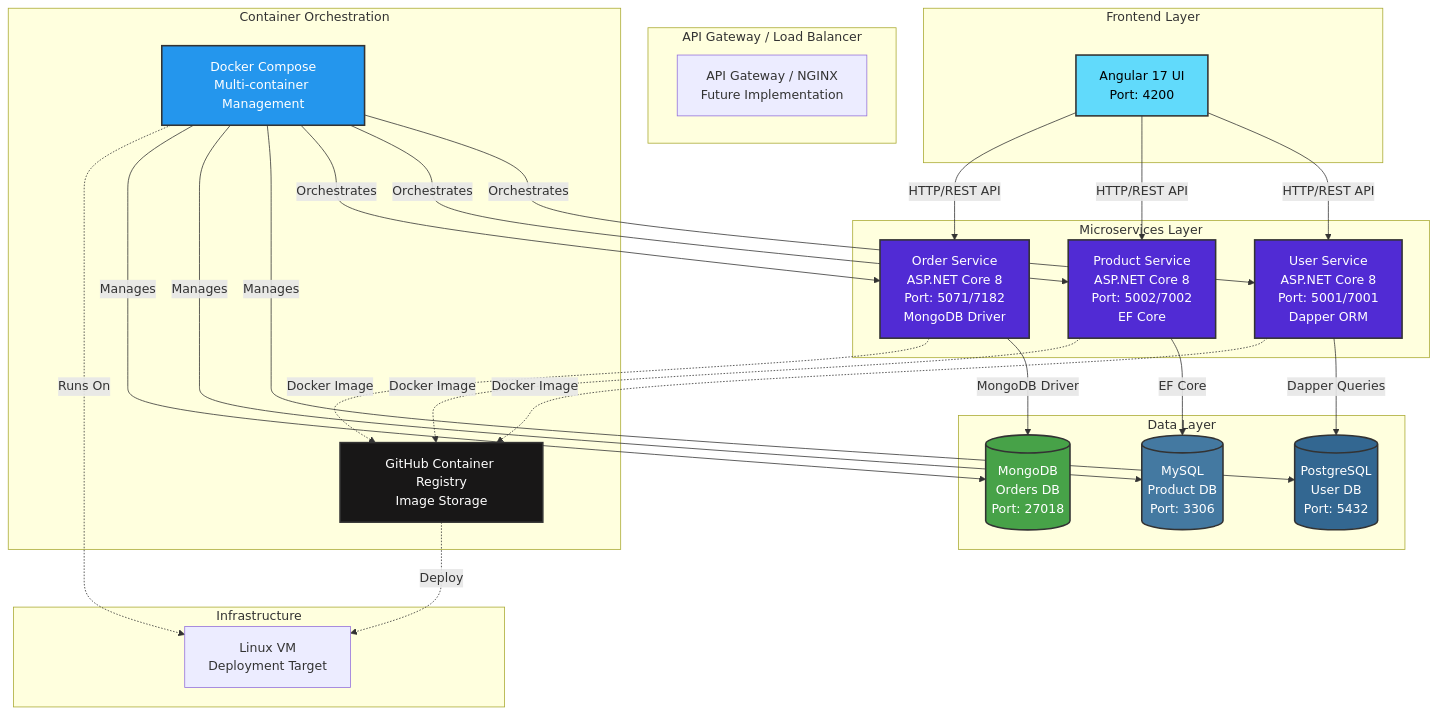
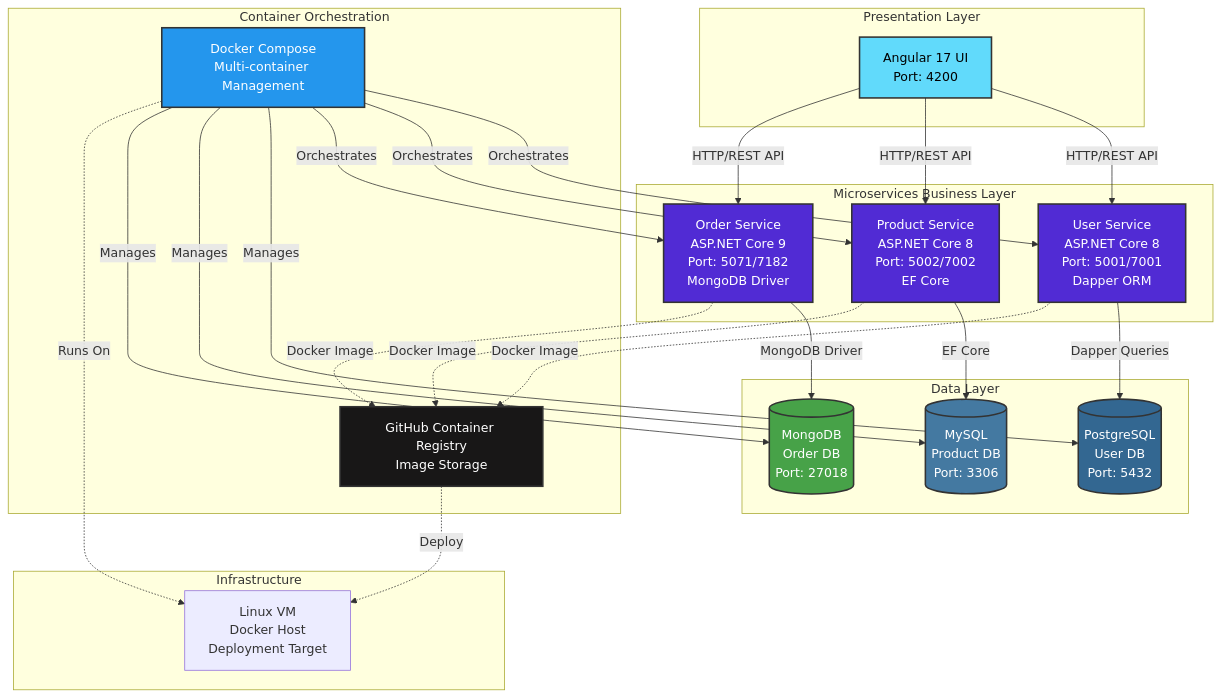
The diagram in ReadMe.md (pandyamehul/.Net8-eCommerce-az-aks-devops), drawn with Mermaid before and after one commit. The commit also changed other lines of this file and 1 other file, not shown here.

Commit message:
2060106#Documentation update

````diff
--- a/ReadMe.md
+++ b/ReadMe.md
@@ -19,63 +19,61 @@
 ```mermaid
 graph TB
-    subgraph "Frontend Layer"
+    subgraph Presentation Layer
         UI[Angular 17 UI<br/>Port: 4200]
     end
 
-    subgraph "API Gateway / Load Balancer"
-        Gateway[API Gateway / NGINX<br/>Future Implementation]
+    subgraph Microservices Business Layer
+        US[User Service<br/>ASP.NET Core 8<br/>Port: 5001/7001<br/>Dapper ORM]
+        PS[Product Service<br/>ASP.NET Core 8<br/>Port: 5002/7002<br/>EF Core]
+        OS[Order Service<br/>ASP.NET Core 9<br/>Port: 5071/7182<br/>MongoDB Driver]
     end
 
-    subgraph "Microservices Layer"
-        UserService[User Service<br/>ASP.NET Core 8<br/>Port: 5001/7001<br/>Dapper ORM]
-        ProductService[Product Service<br/>ASP.NET Core 8<br/>Port: 5002/7002<br/>EF Core]
-        OrderService[Order Service<br/>ASP.NET Core 8<br/>Port: 5071/7182<br/>MongoDB Driver]
+    subgraph Data Layer
+        PG[(PostgreSQL<br/>User DB<br/>Port: 5432)]
+        MY[(MySQL<br/>Product DB<br/>Port: 3306)]
+        MG[(MongoDB<br/>Order DB<br/>Port: 27018)]
     end
 
-    subgraph "Data Layer"
-        PostgreSQL[(PostgreSQL<br/>User DB<br/>Port: 5432)]
-        MySQL[(MySQL<br/>Product DB<br/>Port: 3306)]
-        MongoDB[(MongoDB<br/>Orders DB<br/>Port: 27018)]
-    end
-
-    subgraph "Container Orchestration"
+    subgraph Container Orchestration
         Docker[Docker Compose<br/>Multi-container Management]
         GHCR[GitHub Container Registry<br/>Image Storage]
     end
 
-    subgraph "Infrastructure"
-        LinuxVM[Linux VM<br/>Deployment Target]
+    subgraph Infrastructure
+        LinuxVM[Linux VM <br> Docker Host <br> Deployment Target]
     end
 
-    UI -->|HTTP/REST API| UserService
-    UI -->|HTTP/REST API| ProductService
-    UI -->|HTTP/REST API| OrderService
+    UI --> |HTTP/REST API| US
+    UI --> |HTTP/REST API| PS
+    UI --> |HTTP/REST API| OS
 
-    UserService -->|Dapper Queries| PostgreSQL
-    ProductService -->|EF Core| MySQL
-    OrderService -->|MongoDB Driver| MongoDB
+    US --> |Dapper Queries| PG
+    PS --> |EF Core| MY
+    OS --> |MongoDB Driver| MG
 
-    UserService -.->|Docker Image| GHCR
-    ProductService -.->|Docker Image| GHCR
-    OrderService -.->|Docker Image| GHCR
+    US -.-> |Docker Image| GHCR
+    PS -.-> |Docker Image| GHCR
+    OS -.-> |Docker Image| GHCR
 
-    Docker -->|Orchestrates| UserService
-    Docker -->|Orchestrates| ProductService
-    Docker -->|Orchestrates| OrderService
-    Docker -->|Manages| PostgreSQL
-    Docker -->|Manages| MySQL
-    Docker -->|Manages| MongoDB
+    Docker --> |Orchestrates| US
+    Docker --> |Orchestrates| PS
+    Docker --> |Orchestrates| OS
+    Docker --> |Manages| PG
+    Docker --> |Manages| MY
+    Docker --> |Manages| MG
 
     GHCR -.->|Deploy| LinuxVM
     Docker -.->|Runs On| LinuxVM
 
     style UI fill:#61DAFB,stroke:#333,stroke-width:2px,color:#000
-    style UserService fill:#512BD4,stroke:#333,stroke-width:2px,color:#fff
-    style ProductService fill:#512BD4,stroke:#333,stroke-width:2px,color:#fff
-    style OrderService fill:#512BD4,stroke:#333,stroke-width:2px,color:#fff
-    style PostgreSQL fill:#336791,stroke:#333,stroke-width:2px,color:#fff
-    style MySQL fill:#4479A1,stroke:#333,stroke-width:2px,color:#fff
-    style MongoDB fill:#47A248,stroke:#333,stroke-width:2px,color:#fff
+    style US fill:#512BD4,stroke:#333,stroke-width:2px,color:#fff
+    style PS fill:#512BD4,stroke:#333,stroke-width:2px,color:#fff
+    style OS fill:#512BD4,stroke:#333,stroke-width:2px,color:#fff
+    style PG fill:#336791,stroke:#333,stroke-width:2px,color:#fff
+    style MY fill:#4479A1,stroke:#333,stroke-width:2px,color:#fff
+    style MG fill:#47A248,stroke:#333,stroke-width:2px,color:#fff
+    style Docker fill:#2496ED,stroke:#333,stroke-width:2px,color:#fff
+    style GHCR fill:#181717,stroke:#333,stroke-width:2px,color:#fff
     style Docker fill:#2496ED,stroke:#333,stroke-width:2px,color:#fff
     style GHCR fill:#181717,stroke:#333,stroke-width:2px,color:#fff
 ```
````
